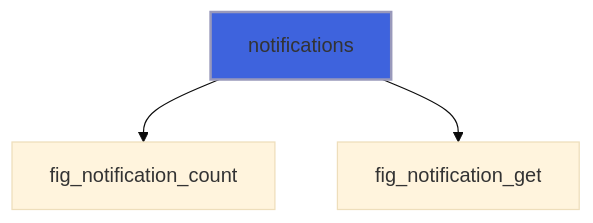
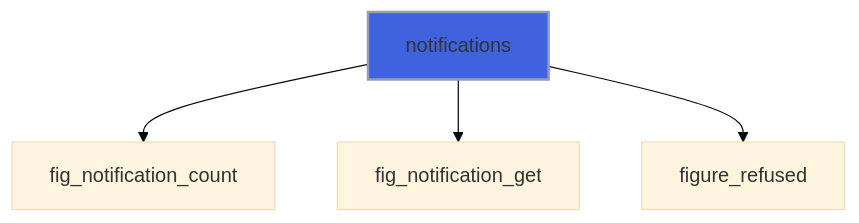
Before and after one commit to szaghi/figure: diagram 11 of 41 in docs/api/src/lib/figure_app.md, drawn with Mermaid (base theme). The commit also changed other lines of this file and 10 other files, not shown here.

````diff
--- a/docs/api/src/lib/figure_app.md
+++ b/docs/api/src/lib/figure_app.md
@@ -483,6 +512,7 @@
 ```mermaid
 flowchart TD
   notifications["notifications"] --> fig_notification_count["fig_notification_count"]
   notifications["notifications"] --> fig_notification_get["fig_notification_get"]
+  notifications["notifications"] --> figure_refused["figure_refused"]
   style notifications fill:#3e63dd,stroke:#99b,stroke-width:2px
 ```
````
